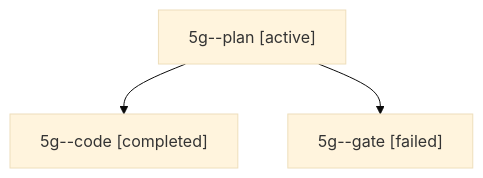
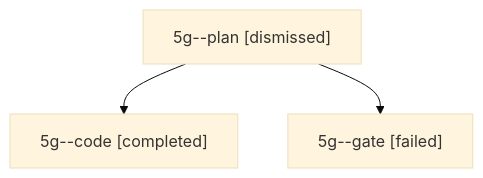
One commit to bobs-org/bob-cli--agents changed the diagram in sessions/bbugyi200.apollo.5g.md. Above: the diagram before and after it, drawn with Mermaid (base theme). The commit also changed other lines of this file and 20 other files, not shown here.

````diff
--- a/sessions/bbugyi200.apollo.5g.md
+++ b/sessions/bbugyi200.apollo.5g.md
@@ -9,8 +9,8 @@
 ```mermaid
 flowchart TD
-  n0["5g--plan [active]"]
+  n0["5g--plan [dismissed]"]
   n1["5g--code [completed]"]
   n0 --> n1
   n2["5g--gate [failed]"]
   n0 --> n2
 ```
````
